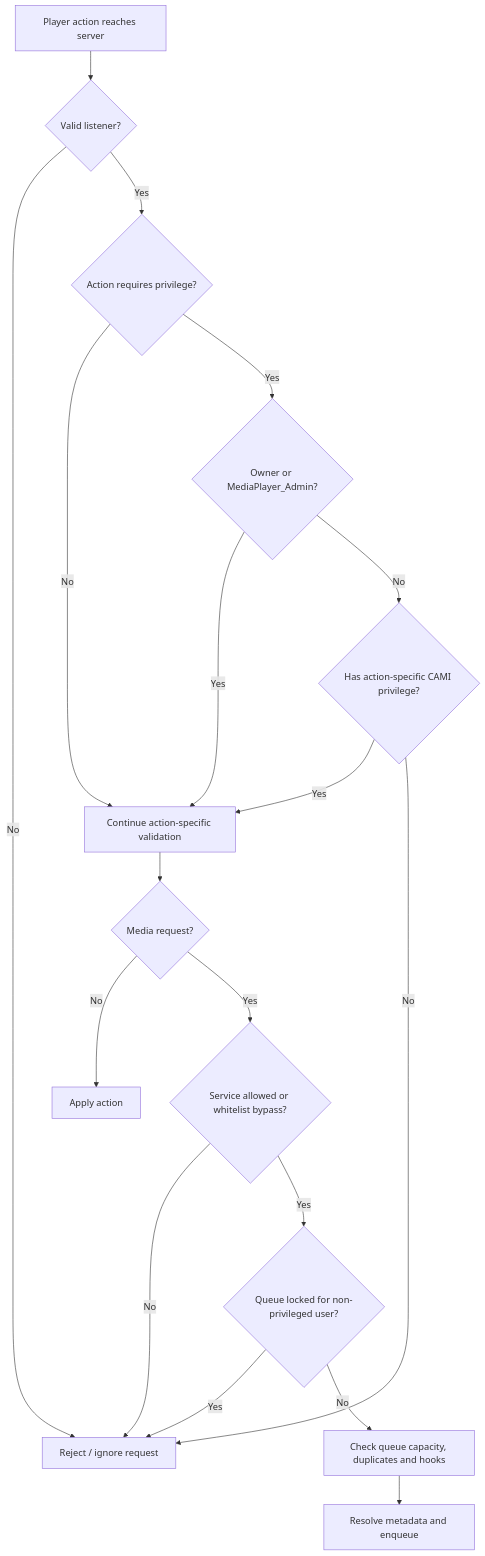
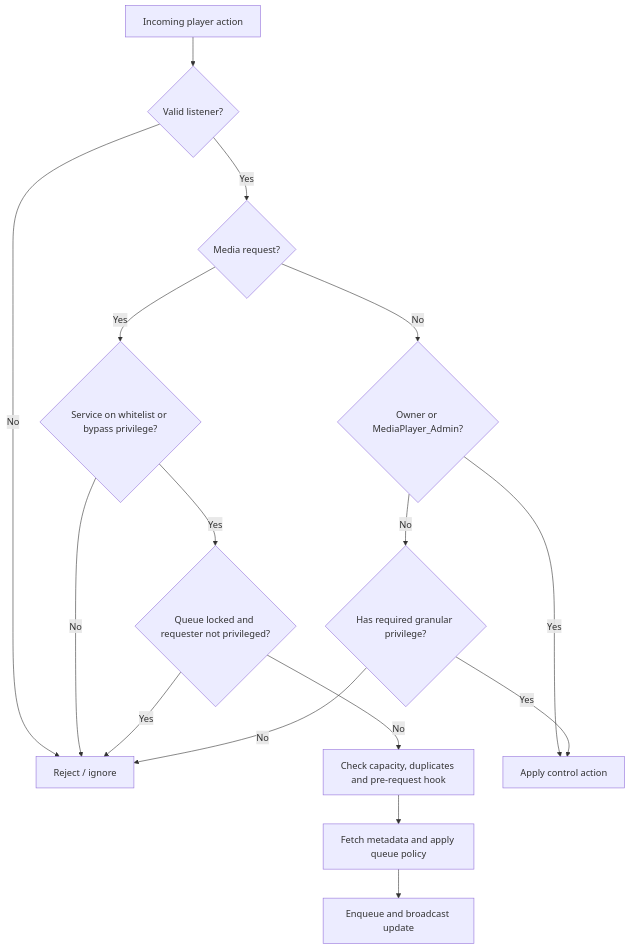
Before and after one commit to PurrCoding/gm-mediaplayer: the diagram in docs/permissions.md, drawn with Mermaid.

Commit message:
docs: align Mermaid diagrams with runtime checks

````diff
--- a/docs/permissions.md
+++ b/docs/permissions.md
@@ -29,20 +29,18 @@
 ```mermaid
 flowchart TD
-    A["Player action reaches server"] --> B{"Valid listener?"}
-    B -->|No| X["Reject / ignore request"]
-    B -->|Yes| C{"Action requires privilege?"}
-    C -->|No| D["Continue action-specific validation"]
-    C -->|Yes| E{"Owner or MediaPlayer_Admin?"}
-    E -->|Yes| D
-    E -->|No| F{"Has action-specific CAMI privilege?"}
-    F -->|Yes| D
-    F -->|No| X
-    D --> G{"Media request?"}
-    G -->|No| H["Apply action"]
-    G -->|Yes| I{"Service allowed or whitelist bypass?"}
-    I -->|No| X
-    I -->|Yes| J{"Queue locked for non-privileged user?"}
-    J -->|Yes| X
-    J -->|No| K["Check queue capacity, duplicates and hooks"]
-    K --> L["Resolve metadata and enqueue"]
+    A["Incoming player action"] --> B{"Valid listener?"}
+    B -->|No| X["Reject / ignore"]
+    B -->|Yes| C{"Media request?"}
+    C -->|Yes| D{"Service on whitelist or bypass privilege?"}
+    D -->|No| X
+    D -->|Yes| E{"Queue locked and requester not privileged?"}
+    E -->|Yes| X
+    E -->|No| F["Check capacity, duplicates and pre-request hook"]
+    F --> G["Fetch metadata and apply queue policy"]
+    G --> H["Enqueue and broadcast update"]
+    C -->|No| I{"Owner or MediaPlayer_Admin?"}
+    I -->|Yes| J["Apply control action"]
+    I -->|No| K{"Has required granular privilege?"}
+    K -->|Yes| J
+    K -->|No| X
 ```
````
